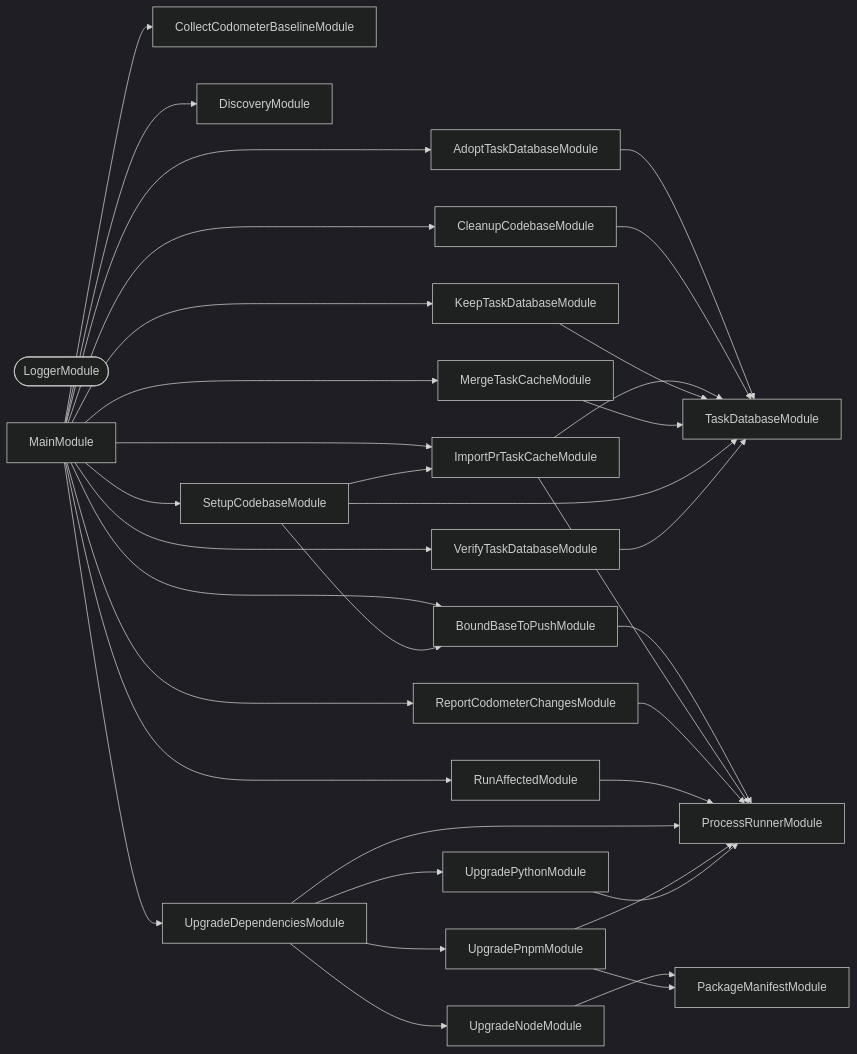
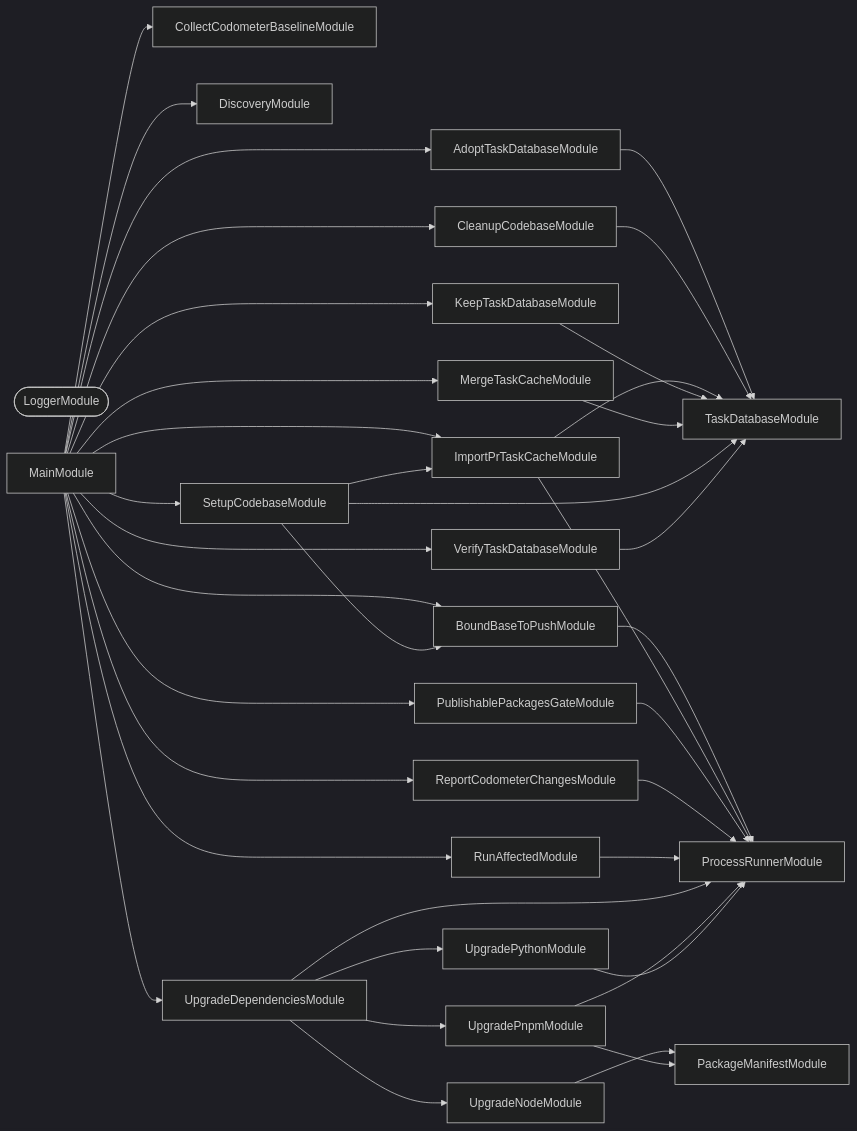
One commit to organizzolini/codebase changed the second of 3 diagrams in integration/codependix.md. Above: the diagram before and after it, drawn with Mermaid (dark theme). The commit also changed other lines of this file and 159 other files, not shown here.

````diff
--- a/integration/codependix.md
+++ b/integration/codependix.md
@@ -23,58 +25,61 @@
 ```mermaid
 flowchart LR
   AdoptTaskDatabaseModule
   BoundBaseToPushModule
   CleanupCodebaseModule
   CollectCodometerBaselineModule
   DiscoveryModule
   ImportPrTaskCacheModule
   KeepTaskDatabaseModule
   LoggerModule([LoggerModule])
   MainModule
   MergeTaskCacheModule
   PackageManifestModule
   ProcessRunnerModule
+  PublishablePackagesGateModule
   ReportCodometerChangesModule
   RunAffectedModule
   SetupCodebaseModule
   TaskDatabaseModule
   UpgradeDependenciesModule
   UpgradeNodeModule
   UpgradePnpmModule
   UpgradePythonModule
   VerifyTaskDatabaseModule
   AdoptTaskDatabaseModule --> TaskDatabaseModule
   BoundBaseToPushModule --> ProcessRunnerModule
   CleanupCodebaseModule --> TaskDatabaseModule
   ImportPrTaskCacheModule --> ProcessRunnerModule
   ImportPrTaskCacheModule --> TaskDatabaseModule
   KeepTaskDatabaseModule --> TaskDatabaseModule
   MainModule --> AdoptTaskDatabaseModule
   MainModule --> BoundBaseToPushModule
   MainModule --> CleanupCodebaseModule
   MainModule --> CollectCodometerBaselineModule
   MainModule --> DiscoveryModule
   MainModule --> ImportPrTaskCacheModule
   MainModule --> KeepTaskDatabaseModule
   MainModule --> MergeTaskCacheModule
+  MainModule --> PublishablePackagesGateModule
   MainModule --> ReportCodometerChangesModule
   MainModule --> RunAffectedModule
   MainModule --> SetupCodebaseModule
   MainModule --> UpgradeDependenciesModule
   MainModule --> VerifyTaskDatabaseModule
   MergeTaskCacheModule --> TaskDatabaseModule
+  PublishablePackagesGateModule --> ProcessRunnerModule
   ReportCodometerChangesModule --> ProcessRunnerModule
   RunAffectedModule --> ProcessRunnerModule
   SetupCodebaseModule --> BoundBaseToPushModule
   SetupCodebaseModule --> ImportPrTaskCacheModule
   SetupCodebaseModule --> TaskDatabaseModule
   UpgradeDependenciesModule --> ProcessRunnerModule
   UpgradeDependenciesModule --> UpgradeNodeModule
   UpgradeDependenciesModule --> UpgradePnpmModule
   UpgradeDependenciesModule --> UpgradePythonModule
   UpgradeNodeModule --> PackageManifestModule
   UpgradePnpmModule --> PackageManifestModule
   UpgradePnpmModule --> ProcessRunnerModule
   UpgradePythonModule --> ProcessRunnerModule
   VerifyTaskDatabaseModule --> TaskDatabaseModule
 ```
````
